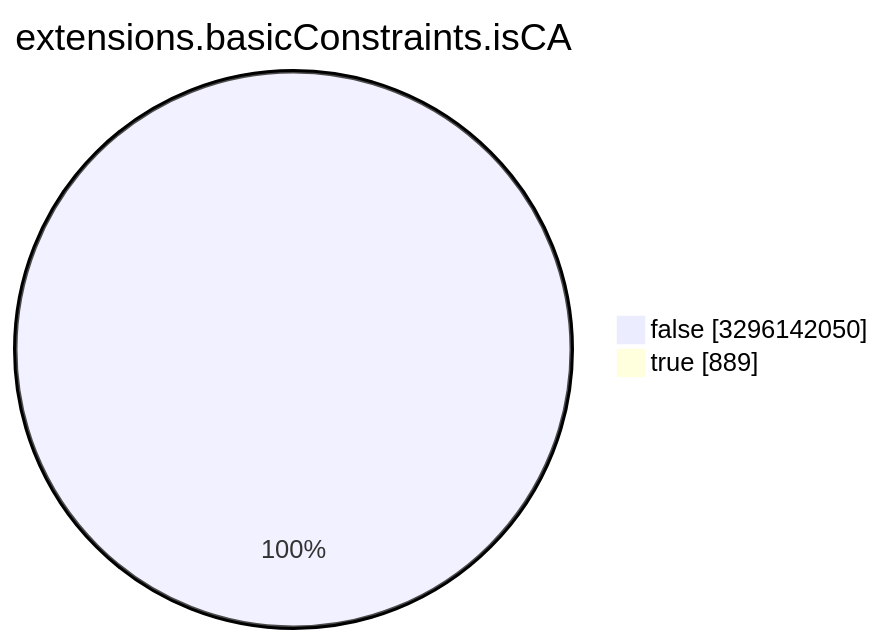
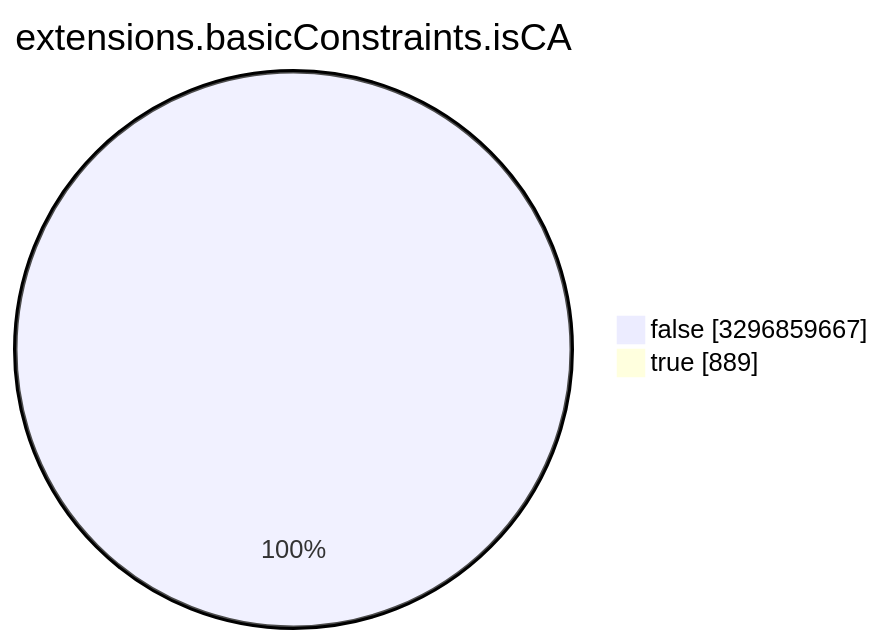
One commit to christiankrug/ctmonitor_visualization changed the seventh of 15 diagrams in TOTAL/README.md. Above: the diagram before and after it, drawn with Mermaid. The commit also changed other lines of this file, not shown here.

````diff
--- a/TOTAL/README.md
+++ b/TOTAL/README.md
@@ -3089,6 +3089,6 @@
 ```mermaid
 pie showData
 title extensions.basicConstraints.isCA
-"false" :3296142050
+"false" :3296859667
 "true" :889
 ```
````
